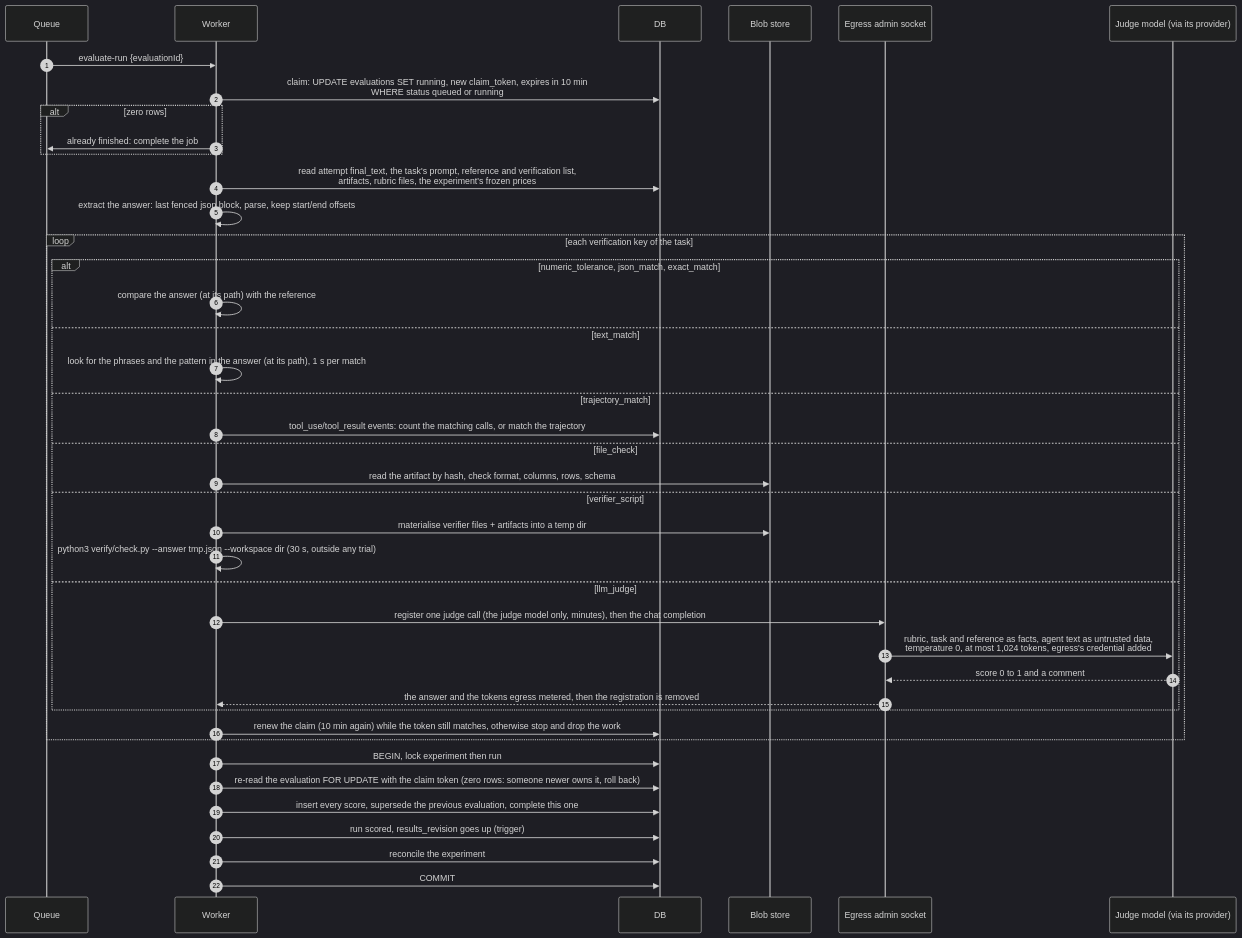
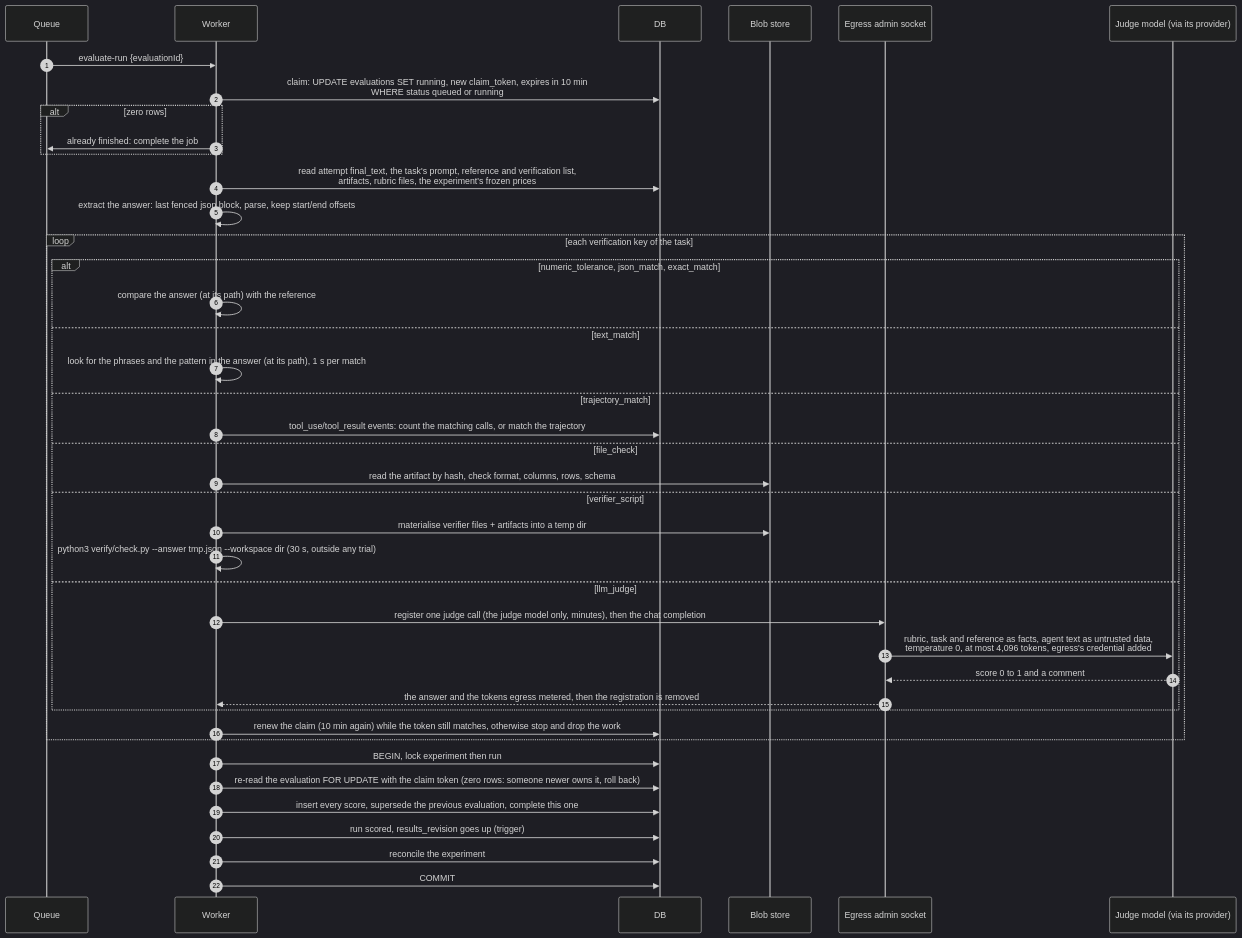
One commit to sasuke007/hermes-evals changed diagram 30 of 38 in UI_FLOWS.md. Above: the diagram before and after it, drawn with Mermaid (dark theme). The commit also changed other lines of this file and 164 other files, not shown here.

````diff
--- a/UI_FLOWS.md
+++ b/UI_FLOWS.md
@@ -1085,44 +1087,44 @@
 ```mermaid
 sequenceDiagram
   autonumber
   participant Q as Queue
   participant WK as Worker
   participant DB as DB
   participant B as Blob store
   participant E as Egress admin socket
   participant J as Judge model (via its provider)
 
   Q->>WK: evaluate-run {evaluationId}
   WK->>DB: claim: UPDATE evaluations SET running, new claim_token, expires in 10 min<br/>WHERE status queued or running
   alt zero rows
     WK->>Q: already finished: complete the job
   end
   WK->>DB: read attempt final_text, the task's prompt, reference and verification list,<br/>artifacts, rubric files, the experiment's frozen prices
   WK->>WK: extract the answer: last fenced json block, parse, keep start/end offsets
   loop each verification key of the task
     alt numeric_tolerance, json_match, exact_match
       WK->>WK: compare the answer (at its path) with the reference
     else text_match
       WK->>WK: look for the phrases and the pattern in the answer (at its path), 1 s per match
     else trajectory_match
       WK->>DB: tool_use/tool_result events: count the matching calls, or match the trajectory
     else file_check
       WK->>B: read the artifact by hash, check format, columns, rows, schema
     else verifier_script
       WK->>B: materialise verifier files + artifacts into a temp dir
       WK->>WK: python3 verify/check.py --answer tmp.json --workspace dir (30 s, outside any trial)
     else llm_judge
       WK->>E: register one judge call (the judge model only, minutes), then the chat completion
-      E->>J: rubric, task and reference as facts, agent text as untrusted data,<br/>temperature 0, at most 1,024 tokens, egress's credential added
+      E->>J: rubric, task and reference as facts, agent text as untrusted data,<br/>temperature 0, at most 4,096 tokens, egress's credential added
       J-->>E: score 0 to 1 and a comment
       E-->>WK: the answer and the tokens egress metered, then the registration is removed
     end
     WK->>DB: renew the claim (10 min again) while the token still matches, otherwise stop and drop the work
   end
   WK->>DB: BEGIN, lock experiment then run
   WK->>DB: re-read the evaluation FOR UPDATE with the claim token (zero rows: someone newer owns it, roll back)
   WK->>DB: insert every score, supersede the previous evaluation, complete this one
   WK->>DB: run scored, results_revision goes up (trigger)
   WK->>DB: reconcile the experiment
   WK->>DB: COMMIT
 ```
````
